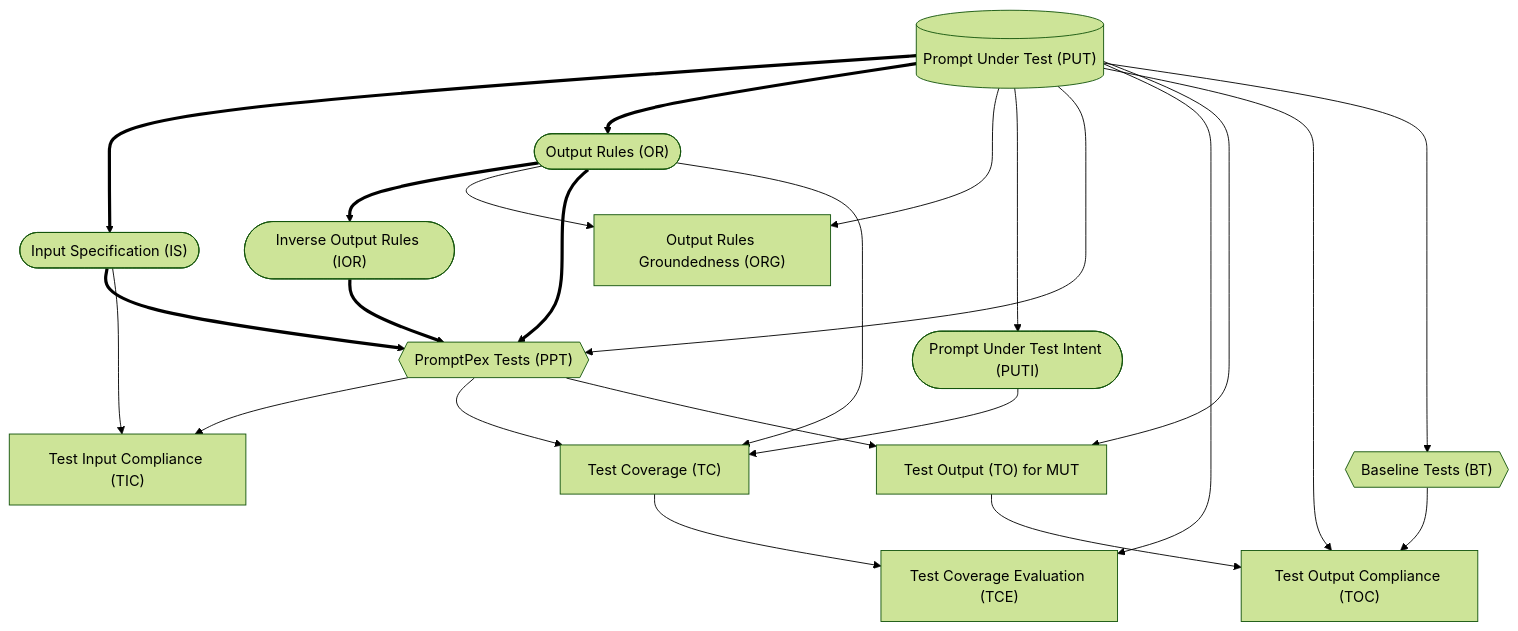
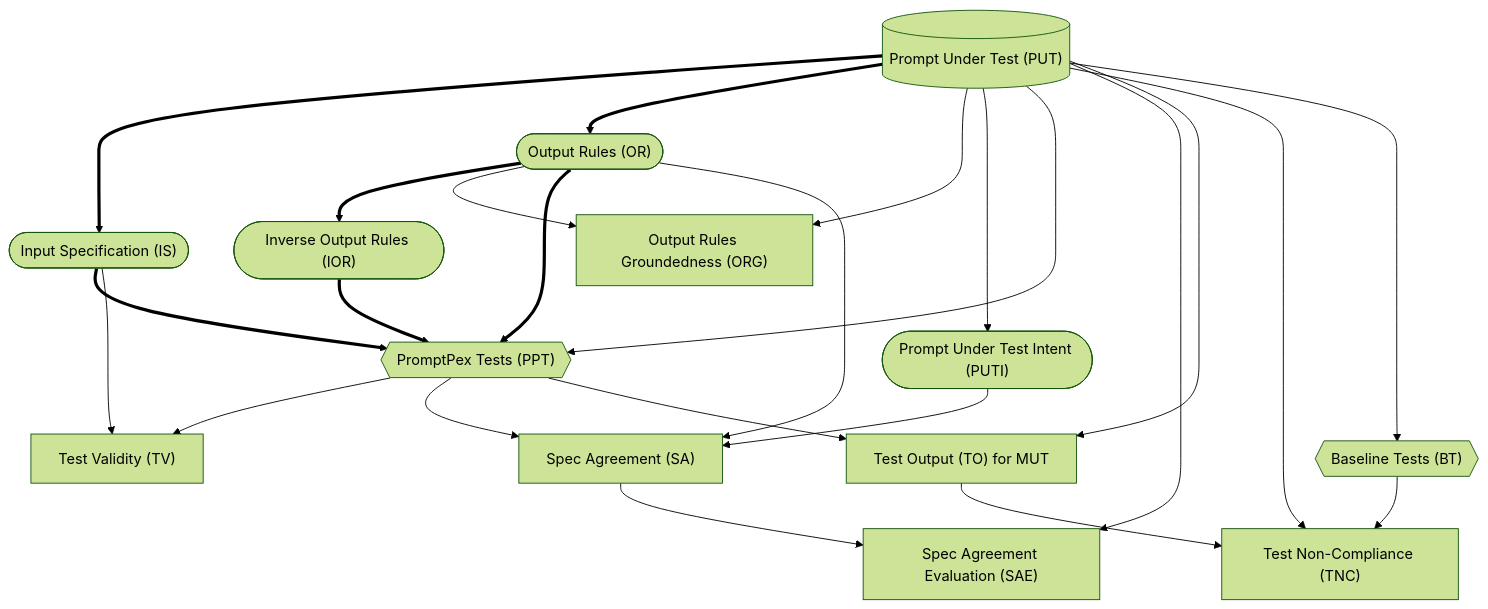
One commit to sihyun-ahn/CS453-KGA changed the second of 2 diagrams in README.md. Above: the diagram before and after it, drawn with Mermaid (forest theme). The commit also changed other lines of this file, not shown here.

Commit message:
glossary update

````diff
--- a/README.md
+++ b/README.md
@@ -130,51 +130,51 @@
 ```mermaid
 graph TD
     PUT[("Prompt Under Test (PUT)")]
     IS(["Input Specification (IS)"])
     OR(["Output Rules (OR)"])
     IOR(["Inverse Output Rules (IOR)"])
     ORG["Output Rules Groundedness (ORG)"]
     PUTI(["Prompt Under Test Intent (PUTI)"])
     PPT{{"PromptPex Tests (PPT)"}}
-    TC["Test Coverage (TC)"]
-    TCE["Test Coverage Evaluation (TCE)"]
+    SA["Spec Agreement (SA)"]
+    SAE["Spec Agreement Evaluation (SAE)"]
     TO["Test Output (TO) for MUT"]
-    TOC["Test Output Compliance (TOC)"]
-    TIC["Test Input Compliance (TIC)"]
+    TNC["Test Non-Compliance (TNC)"]
+    TV["Test Validity (TV)"]
     BT{{"Baseline Tests (BT)"}}
 
     PUT ==> IS
 
     PUT ==> OR
     OR ==> IOR
 
     OR --> ORG
     PUT --> ORG
 
     PUT --> PUTI
 
     PUT --> PPT
     IS ==> PPT
     OR ==> PPT
     IOR ==> PPT
 
-    PPT --> TIC
-    IS --> TIC
+    PPT --> TV
+    IS --> TV
 
-    PPT --> TC
-    PUTI --> TC
-    OR --> TC
+    PPT --> SA
+    PUTI --> SA
+    OR --> SA
 
-    TC --> TCE
-    PUT --> TCE
+    SA --> SAE
+    PUT --> SAE
 
 
     PPT --> TO
     PUT --> TO
 
-    TO --> TOC
-    PUT --> TOC
+    TO --> TNC
+    PUT --> TNC
 
     PUT --> BT
-    BT --> TOC
+    BT --> TNC
 ```
````
